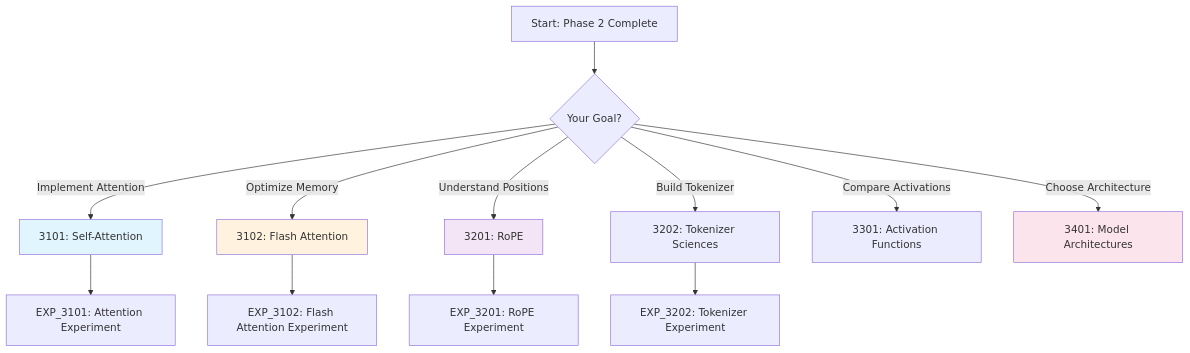
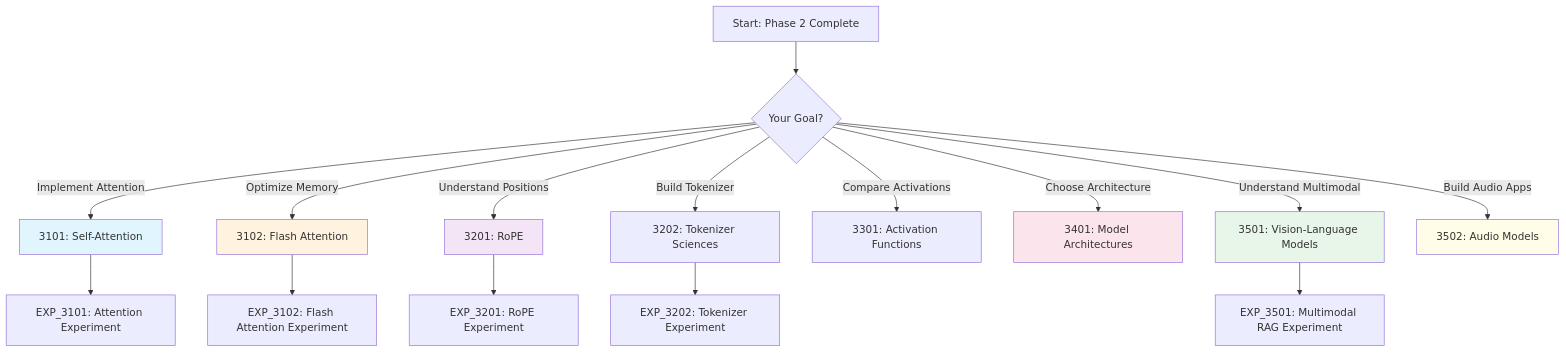
The fifth of 5 diagrams in docs/phases/phase3-transformers/README.md (minderhq/academy), drawn with Mermaid before and after one commit. The commit also changed other lines of this file and 1 other file, not shown here.

````diff
--- a/docs/phases/phase3-transformers/README.md
+++ b/docs/phases/phase3-transformers/README.md
@@ -272,22 +292,27 @@
 ```mermaid
 graph TD
     A[Start: Phase 2 Complete] --> B{Your Goal?}
 
     B -->|Implement Attention| C[3101: Self-Attention]
     B -->|Optimize Memory| D[3102: Flash Attention]
     B -->|Understand Positions| E[3201: RoPE]
     B -->|Build Tokenizer| F[3202: Tokenizer Sciences]
     B -->|Compare Activations| G[3301: Activation Functions]
     B -->|Choose Architecture| H[3401: Model Architectures]
+    B -->|Understand Multimodal| M[3501: Vision-Language Models]
+    B -->|Build Audio Apps| N[3502: Audio Models]
 
     C --> I[EXP_3101: Attention Experiment]
     D --> J[EXP_3102: Flash Attention Experiment]
 
     E --> K[EXP_3201: RoPE Experiment]
     F --> L[EXP_3202: Tokenizer Experiment]
+    M --> O[EXP_3501: Multimodal RAG Experiment]
 
     style C fill:#e1f5fe
     style D fill:#fff3e0
     style E fill:#f3e5f5
     style H fill:#fce4ec
+    style M fill:#e8f5e9
+    style N fill:#fffde7
 ```
````
